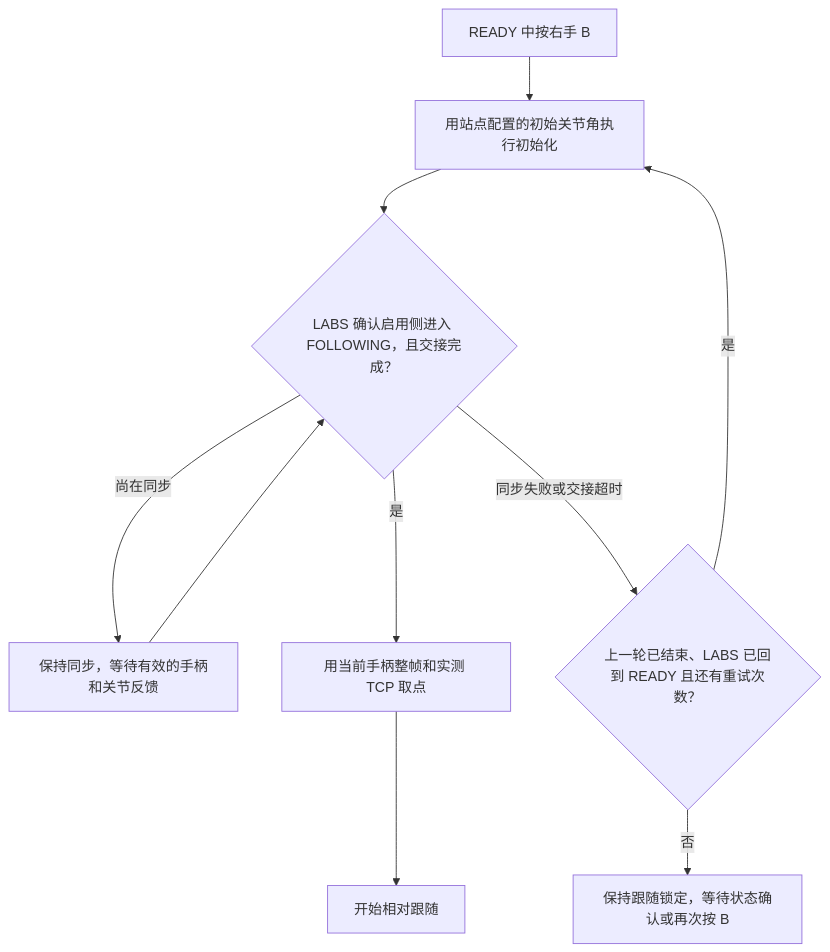
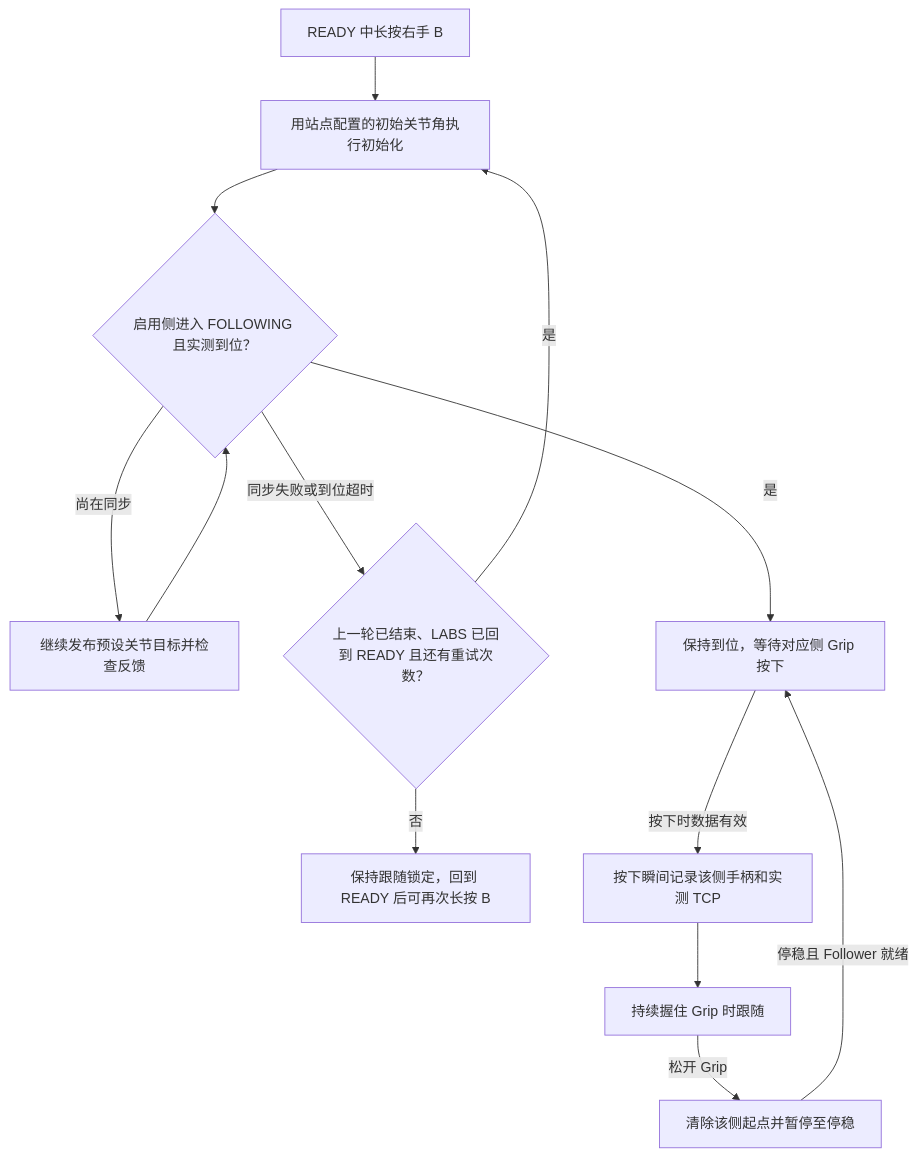
The first of 4 diagrams in 7、遥操作同步、跟随及异常处理.md (YYxzz8866/Quest-Proposal), drawn with Mermaid before and after one commit. The commit also changed other lines of this file and 9 other files, not shown here.

````diff
--- a/7、遥操作同步、跟随及异常处理.md
+++ b/7、遥操作同步、跟随及异常处理.md
@@ -44,18 +44,23 @@
 ```mermaid
 flowchart TD
-    BPress["READY 中按右手 B"]
+    BPress["READY 中长按右手 B"]
     Init["用站点配置的初始关节角执行初始化"]
-    Done{"LABS 确认启用侧进入 FOLLOWING，且交接完成？"}
-    Wait["保持同步，等待有效的手柄和关节反馈"]
+    Done{"启用侧进入 FOLLOWING 且实测到位？"}
+    Wait["继续发布预设关节目标并检查反馈"]
     Retry{"上一轮已结束、LABS 已回到 READY 且还有重试次数？"}
-    Hold["保持跟随锁定，等待状态确认或再次按 B"]
-    Anchor["用当前手柄整帧和实测 TCP 取点"]
-    Track["开始相对跟随"]
+    Hold["保持跟随锁定，回到 READY 后可再次长按 B"]
+    WaitGrip["保持到位，等待对应侧 Grip 按下"]
+    Anchor["按下瞬间记录该侧手柄和实测 TCP"]
+    Track["持续握住 Grip 时跟随"]
+    Pause["清除该侧起点并暂停至停稳"]
 
     BPress --> Init --> Done
-    Done -->|是| Anchor --> Track
+    Done -->|是| WaitGrip
     Done -->|尚在同步| Wait --> Done
-    Done -->|同步失败或交接超时| Retry
+    Done -->|同步失败或到位超时| Retry
     Retry -->|是| Init
     Retry -->|否| Hold
+    WaitGrip -->|按下时数据有效| Anchor --> Track
+    Track -->|松开 Grip| Pause
+    Pause -->|停稳且 Follower 就绪| WaitGrip
 ```
````
